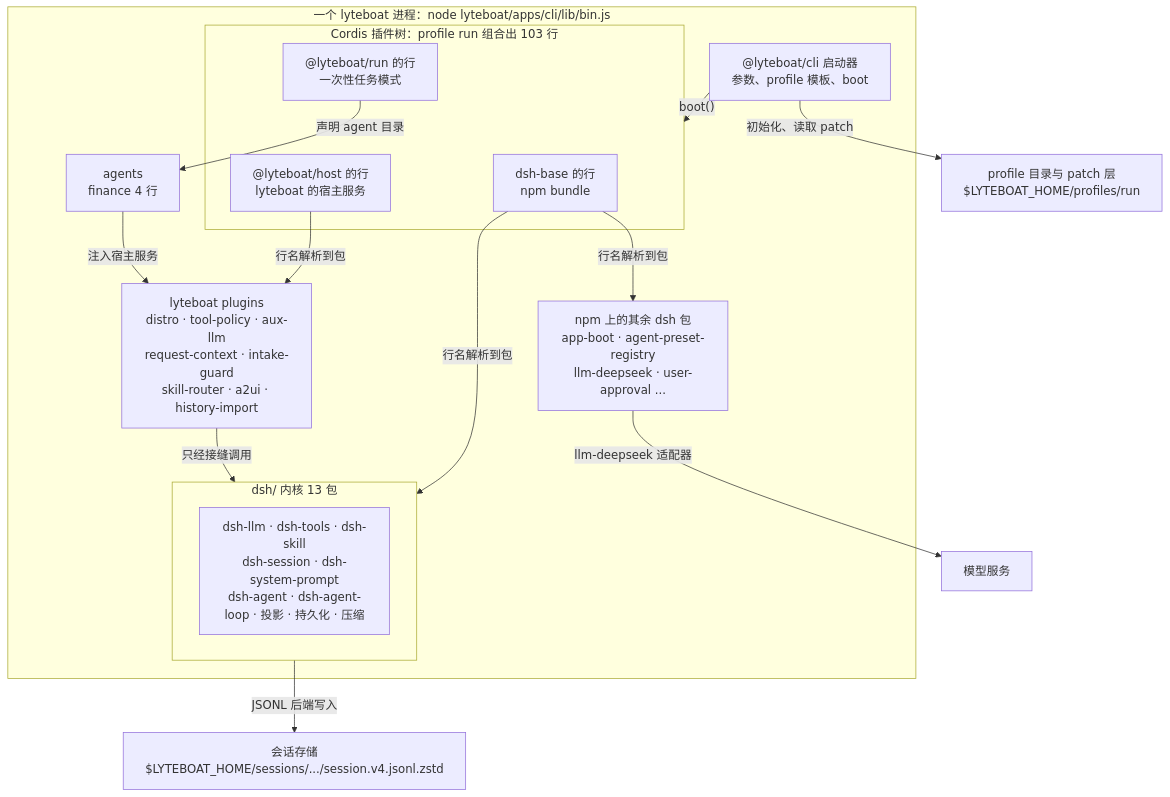
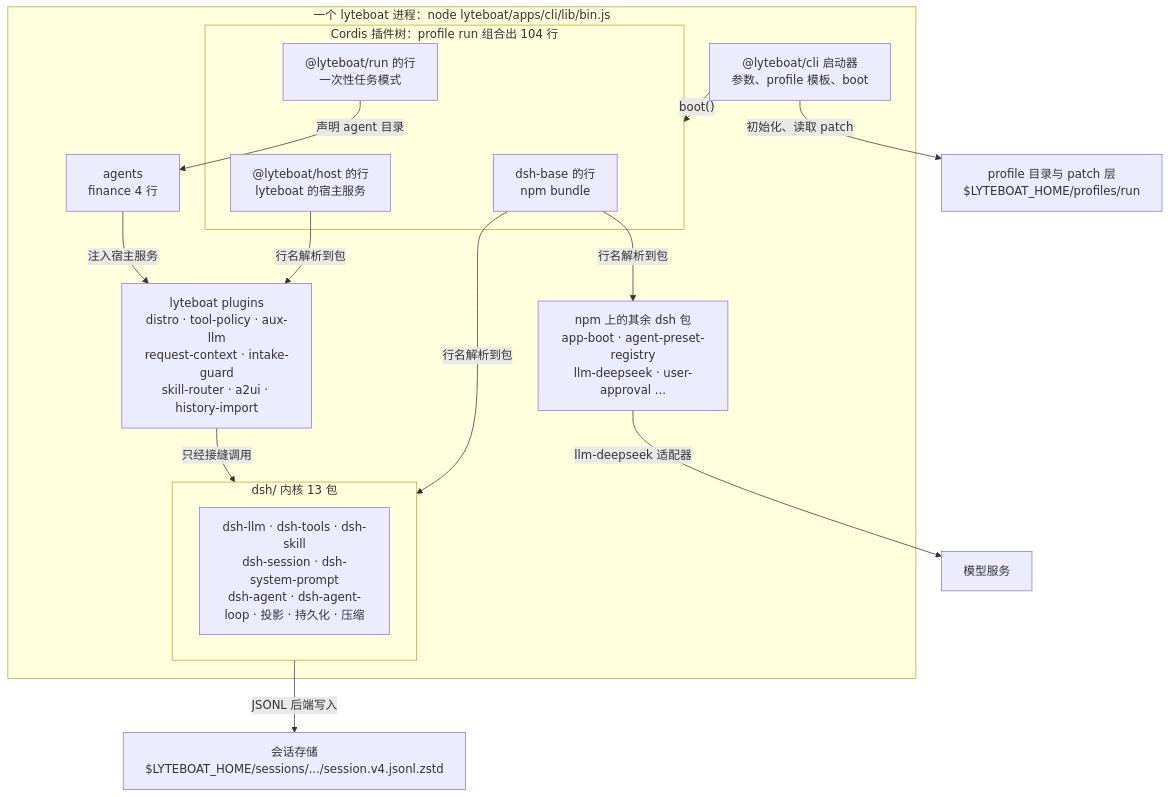
One commit to lyteboat/boat changed the second of 11 diagrams in docs/01-architecture.md. Above: the diagram before and after it, drawn with Mermaid. The commit also changed other lines of this file, not shown here.

````diff
--- a/docs/01-architecture.md
+++ b/docs/01-architecture.md
@@ -102,30 +102,30 @@
 ```mermaid
 flowchart TB
   subgraph PROC["一个 lyteboat 进程：node lyteboat/apps/cli/lib/bin.js"]
     cli["@lyteboat/cli 启动器<br/>参数、profile 模板、boot"]
-    subgraph TREE["Cordis 插件树：profile run 组合出 103 行"]
+    subgraph TREE["Cordis 插件树：profile run 组合出 104 行"]
       base["dsh-base 的行<br/>npm bundle"]
       host["@lyteboat/host 的行<br/>lyteboat 的宿主服务"]
       runb["@lyteboat/run 的行<br/>一次性任务模式"]
     end
     subgraph KERNEL["dsh/ 内核 13 包"]
       kpk["dsh-llm · dsh-tools · dsh-skill<br/>dsh-session · dsh-system-prompt<br/>dsh-agent · dsh-agent-loop · 投影 · 持久化 · 压缩"]
     end
     npmpk["npm 上的其余 dsh 包<br/>app-boot · agent-preset-registry<br/>llm-deepseek · user-approval ..."]
     plugins["lyteboat plugins<br/>distro · tool-policy · aux-llm<br/>request-context · intake-guard<br/>skill-router · a2ui · history-import"]
     agents["agents<br/>finance 4 行"]
   end
   prof["profile 目录与 patch 层<br/>$LYTEBOAT_HOME/profiles/run"]
   store["会话存储<br/>$LYTEBOAT_HOME/sessions/.../session.v4.jsonl.zstd"]
   model["模型服务"]
   cli -->|"初始化、读取 patch"| prof
   cli -->|"boot()"| TREE
   base -->|"行名解析到包"| KERNEL
   base -->|"行名解析到包"| npmpk
   host -->|"行名解析到包"| plugins
   runb -->|"声明 agent 目录"| agents
   agents -->|"注入宿主服务"| plugins
   plugins -->|"只经接缝调用"| KERNEL
   KERNEL -->|"JSONL 后端写入"| store
   npmpk -->|"llm-deepseek 适配器"| model
 ```
````
